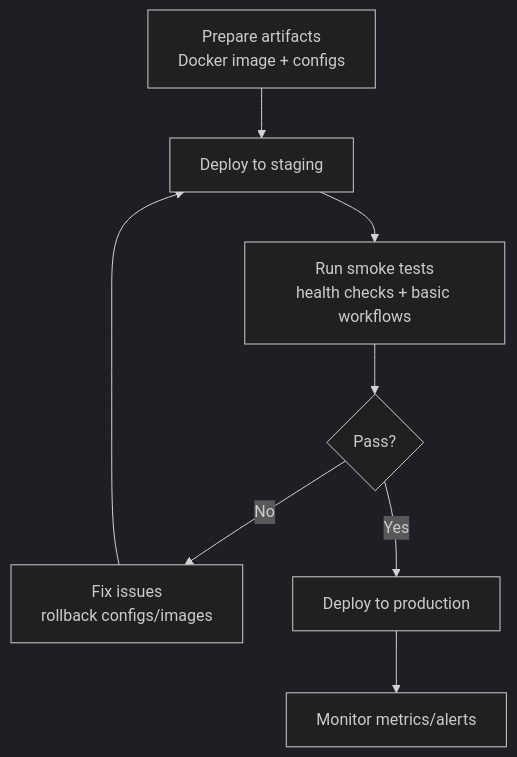
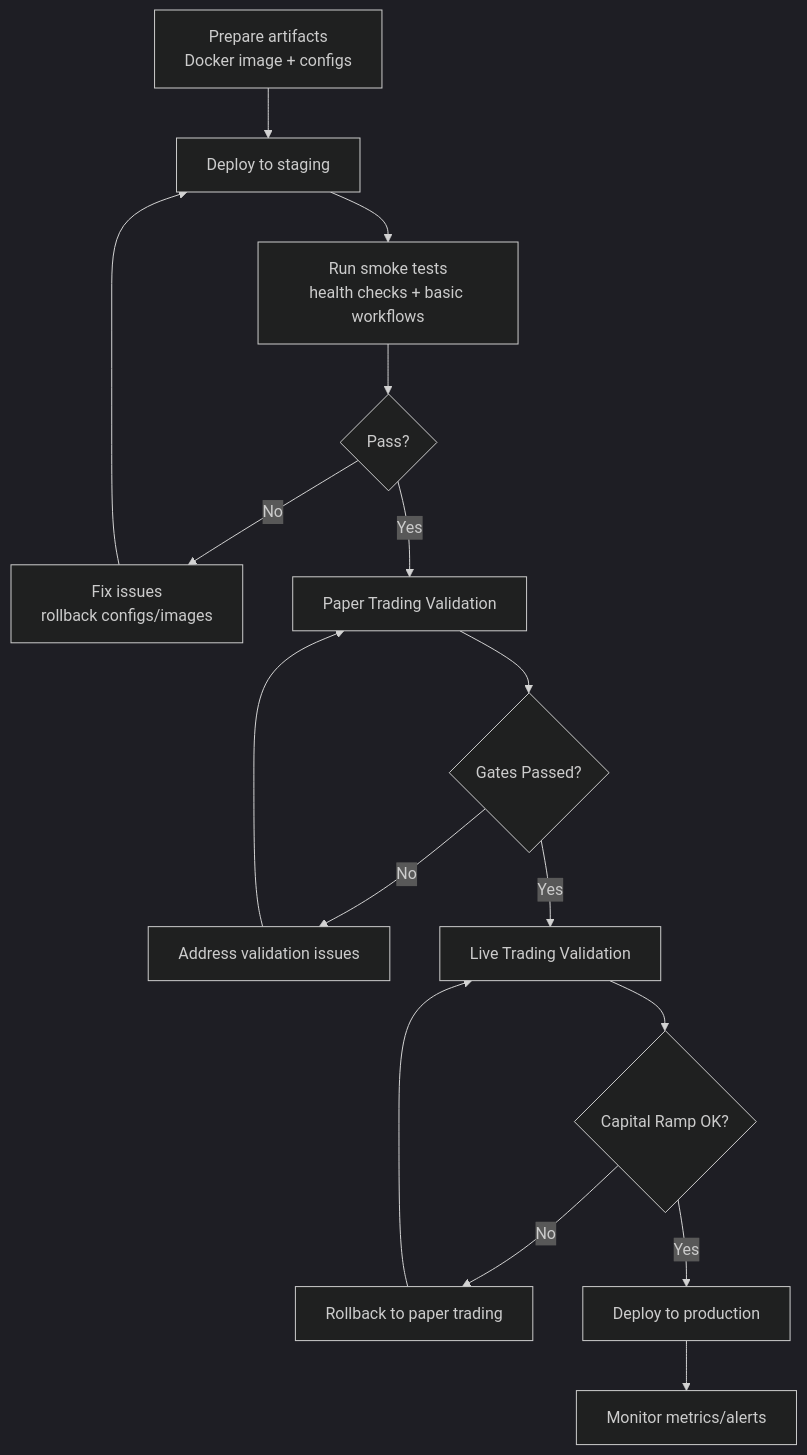
One commit to guofeng201507/shark-quant-trader changed the fifth of 7 diagrams in .qoder/repowiki/en/content/Configuration and Deployment.md. Above: the diagram before and after it, drawn with Mermaid (dark theme). The commit also changed other lines of this file and 14 other files, not shown here.

````diff
--- a/.qoder/repowiki/en/content/Configuration and Deployment.md
+++ b/.qoder/repowiki/en/content/Configuration and Deployment.md
@@ -218,10 +302,18 @@
 ```mermaid
 flowchart TD
 Prep["Prepare artifacts<br/>Docker image + configs"] --> Stage["Deploy to staging"]
 Stage --> Validate["Run smoke tests<br/>health checks + basic workflows"]
 Validate --> Pass{"Pass?"}
 Pass --> |No| Fix["Fix issues<br/>rollback configs/images"]
-Pass --> |Yes| Prod["Deploy to production"]
+Pass --> |Yes| PG["Paper Trading Validation"]
+PG --> PGPass{"Gates Passed?"}
+PGPass --> |No| PGFix["Address validation issues"]
+PGPass --> |Yes| LT["Live Trading Validation"]
+LT --> LTPass{"Capital Ramp OK?"}
+LTPass --> |No| LTFix["Rollback to paper trading"]
+LTPass --> |Yes| Prod["Deploy to production"]
 Prod --> Monitor["Monitor metrics/alerts"]
 Fix --> Stage
+PGFix --> PG
+LTFix --> LT
 ```
````
